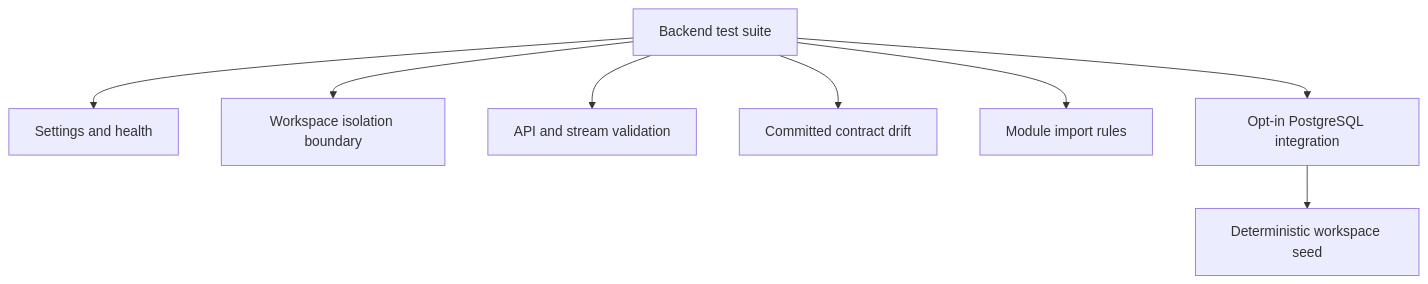
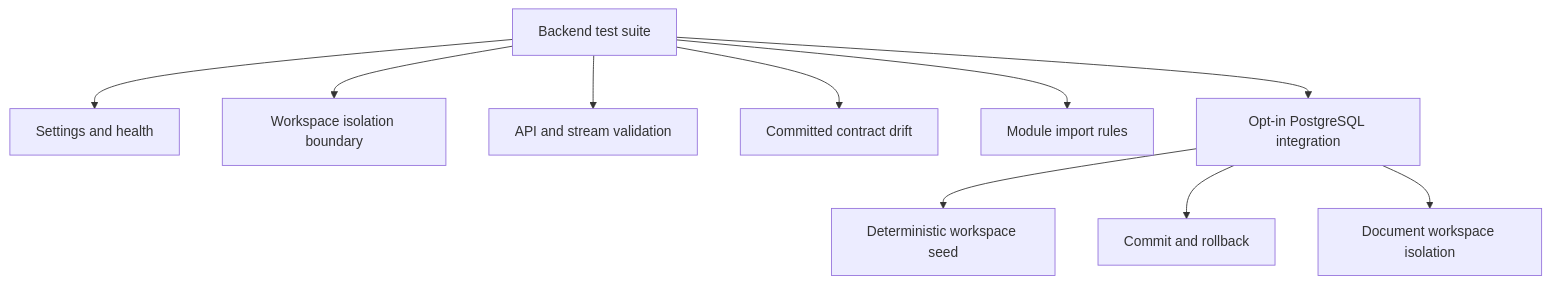
One commit to rnkraus/investment-research changed the diagram in backend/tests/README.md. Above: the diagram before and after it, drawn with Mermaid. The commit also changed other lines of this file and 1 other file, not shown here.

Commit message:
test(database): verify transactions and document isolation

````diff
--- a/backend/tests/README.md
+++ b/backend/tests/README.md
@@ -15,10 +15,12 @@
 ```mermaid
 flowchart TD
     TESTS[Backend test suite] --> RUNTIME[Settings and health]
     TESTS --> IDENTITY[Workspace isolation boundary]
     TESTS --> CONTRACTS[API and stream validation]
     TESTS --> OPENAPI[Committed contract drift]
     TESTS --> ARCH[Module import rules]
     TESTS --> POSTGRES[Opt-in PostgreSQL integration]
     POSTGRES --> SEED[Deterministic workspace seed]
+    POSTGRES --> TX[Commit and rollback]
+    POSTGRES --> DOCS[Document workspace isolation]
 ```
````
